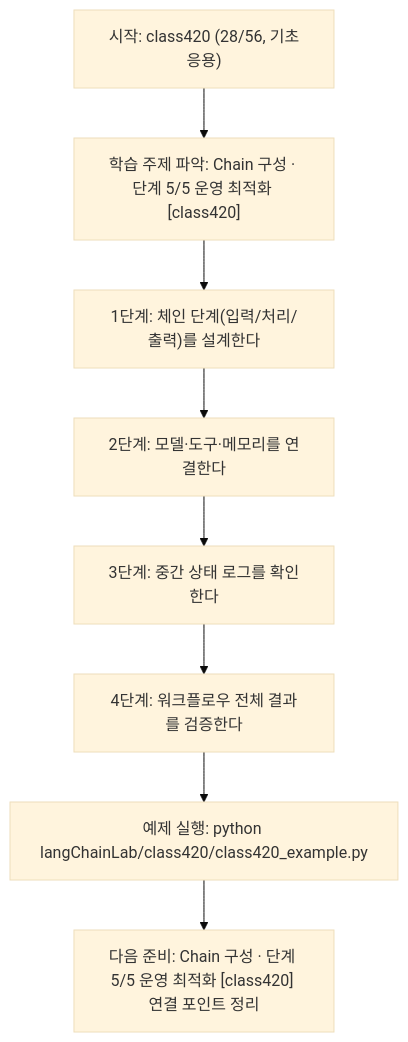
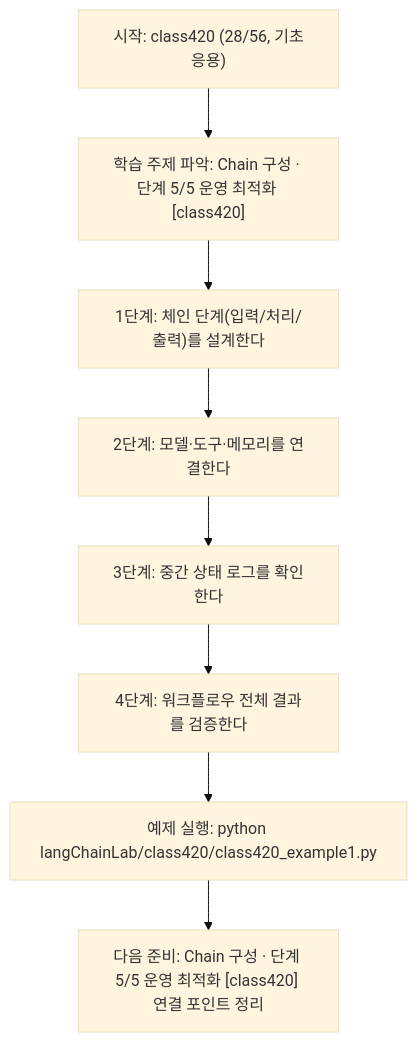
The diagram in langChainLab/class420/class420.md (edumgt/Python-AI_Agent-Class), drawn with Mermaid (base theme) before and after one commit. The commit also changed other lines of this file and 2959 other files, not shown here.

````diff
--- a/langChainLab/class420/class420.md
+++ b/langChainLab/class420/class420.md
@@ -109,18 +109,18 @@
 ```mermaid
 flowchart TD
 N1["시작: class420 (28/56, 기초응용)"]
 N2["학습 주제 파악: Chain 구성 · 단계 5/5 운영 최적화 [class420]"]
 N3["1단계: 체인 단계(입력/처리/출력)를 설계한다"]
 N4["2단계: 모델·도구·메모리를 연결한다"]
 N5["3단계: 중간 상태 로그를 확인한다"]
 N6["4단계: 워크플로우 전체 결과를 검증한다"]
-N7["예제 실행: python langChainLab/class420/class420_example.py"]
+N7["예제 실행: python langChainLab/class420/class420_example1.py"]
 N8["다음 준비: Chain 구성 · 단계 5/5 운영 최적화 [class420] 연결 포인트 정리"]
 N1 --> N2
 N2 --> N3
 N3 --> N4
 N4 --> N5
 N5 --> N6
 N6 --> N7
 N7 --> N8
 ```
````
